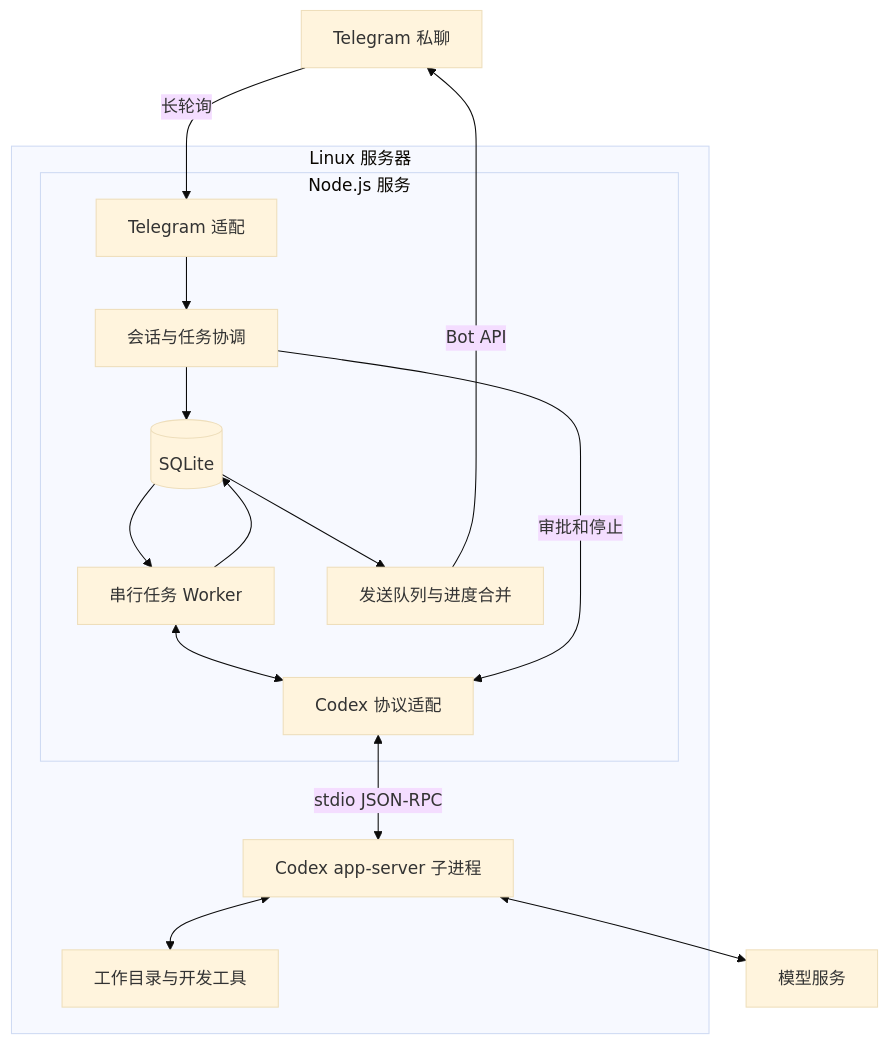
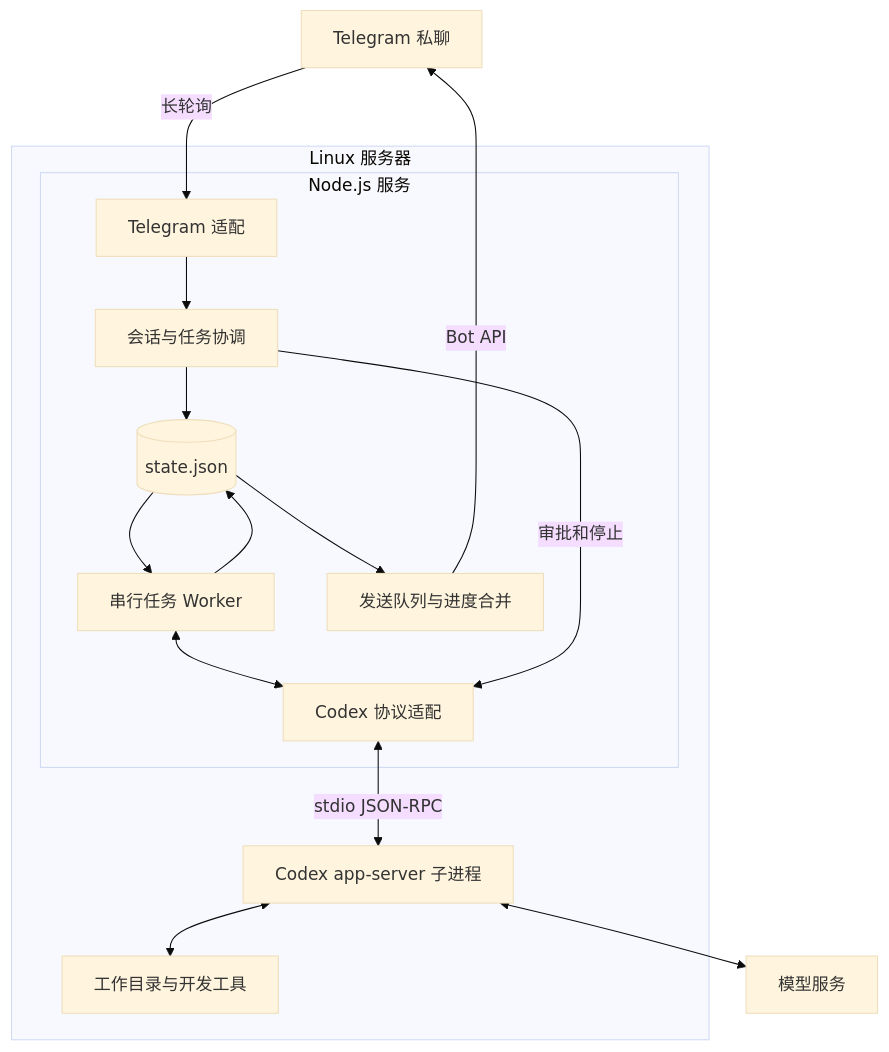
One commit to chaoyue1998/tellrun changed the diagram in docs/architecture.md. Above: the diagram before and after it, drawn with Mermaid (base theme). The commit also changed other lines of this file and 23 other files, not shown here.

````diff
--- a/docs/architecture.md
+++ b/docs/architecture.md
@@ -25,28 +25,28 @@
 ```mermaid
 flowchart TB
     TG["Telegram 私聊"]
     subgraph SERVER["Linux 服务器"]
         subgraph APP["Node.js 服务"]
             IN["Telegram 适配"]
             CORE["会话与任务协调"]
-            DB[("SQLite")]
+            STATE[("state.json")]
             WORKER["串行任务 Worker"]
             RPC["Codex 协议适配"]
             OUT["发送队列与进度合并"]
             IN --> CORE
-            CORE --> DB
-            DB --> WORKER
+            CORE --> STATE
+            STATE --> WORKER
             WORKER <--> RPC
             CORE -->|"审批和停止"| RPC
-            WORKER --> DB
-            DB --> OUT
+            WORKER --> STATE
+            STATE --> OUT
         end
         CODEX["Codex app-server 子进程"]
         FILES["工作目录与开发工具"]
         RPC <-->|"stdio JSON-RPC"| CODEX
         CODEX <--> FILES
     end
     TG -->|"长轮询"| IN
     OUT -->|"Bot API"| TG
     CODEX <--> MODEL["模型服务"]
 ```
````
